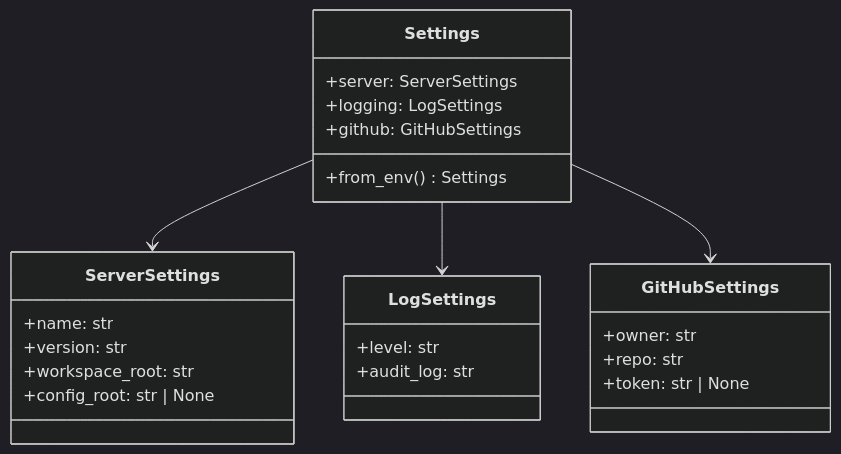
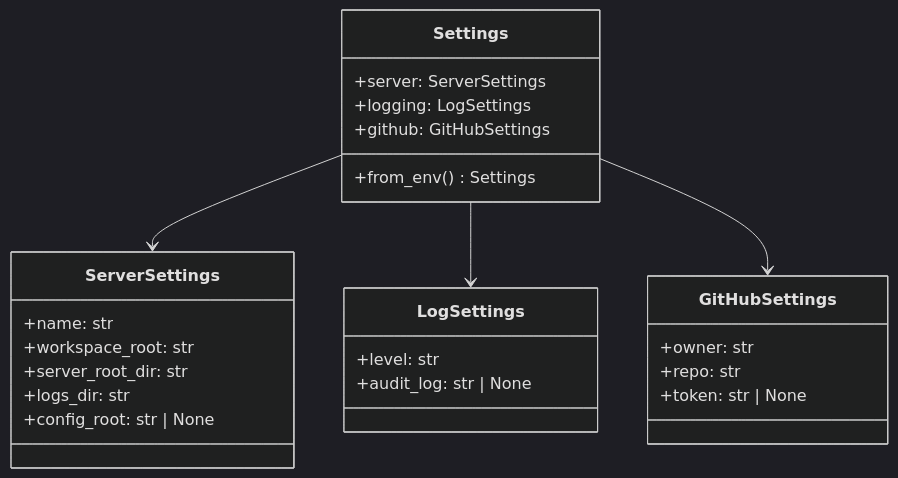
Before and after one commit to MikeyVK/phase-gate-mcp: the fourth of 5 diagrams in docs/reference/mcp/config-loading-architecture.md, drawn with Mermaid (dark theme). The commit also changed other lines of this file and 8 other files, not shown here.

````diff
--- a/docs/reference/mcp/config-loading-architecture.md
+++ b/docs/reference/mcp/config-loading-architecture.md
@@ -178,27 +178,28 @@
 ```mermaid
 classDiagram
     class Settings {
         +server: ServerSettings
         +logging: LogSettings
         +github: GitHubSettings
         +from_env() Settings
     }
     class ServerSettings {
         +name: str
-        +version: str
         +workspace_root: str
+        +server_root_dir: str
+        +logs_dir: str
         +config_root: str | None
     }
     class LogSettings {
         +level: str
-        +audit_log: str
+        +audit_log: str | None
     }
     class GitHubSettings {
         +owner: str
         +repo: str
         +token: str | None
     }
     Settings --> ServerSettings
     Settings --> LogSettings
     Settings --> GitHubSettings
 ```
````
